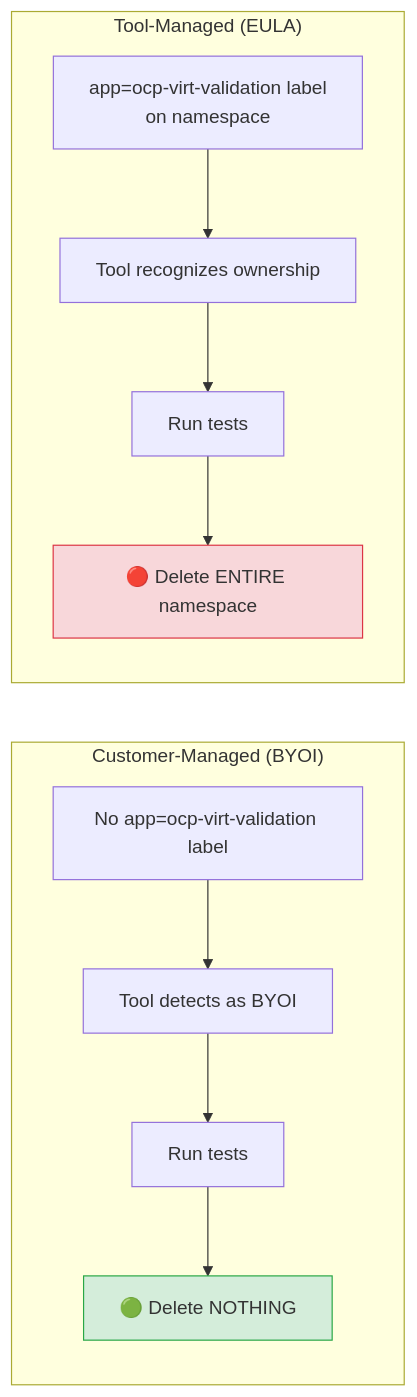
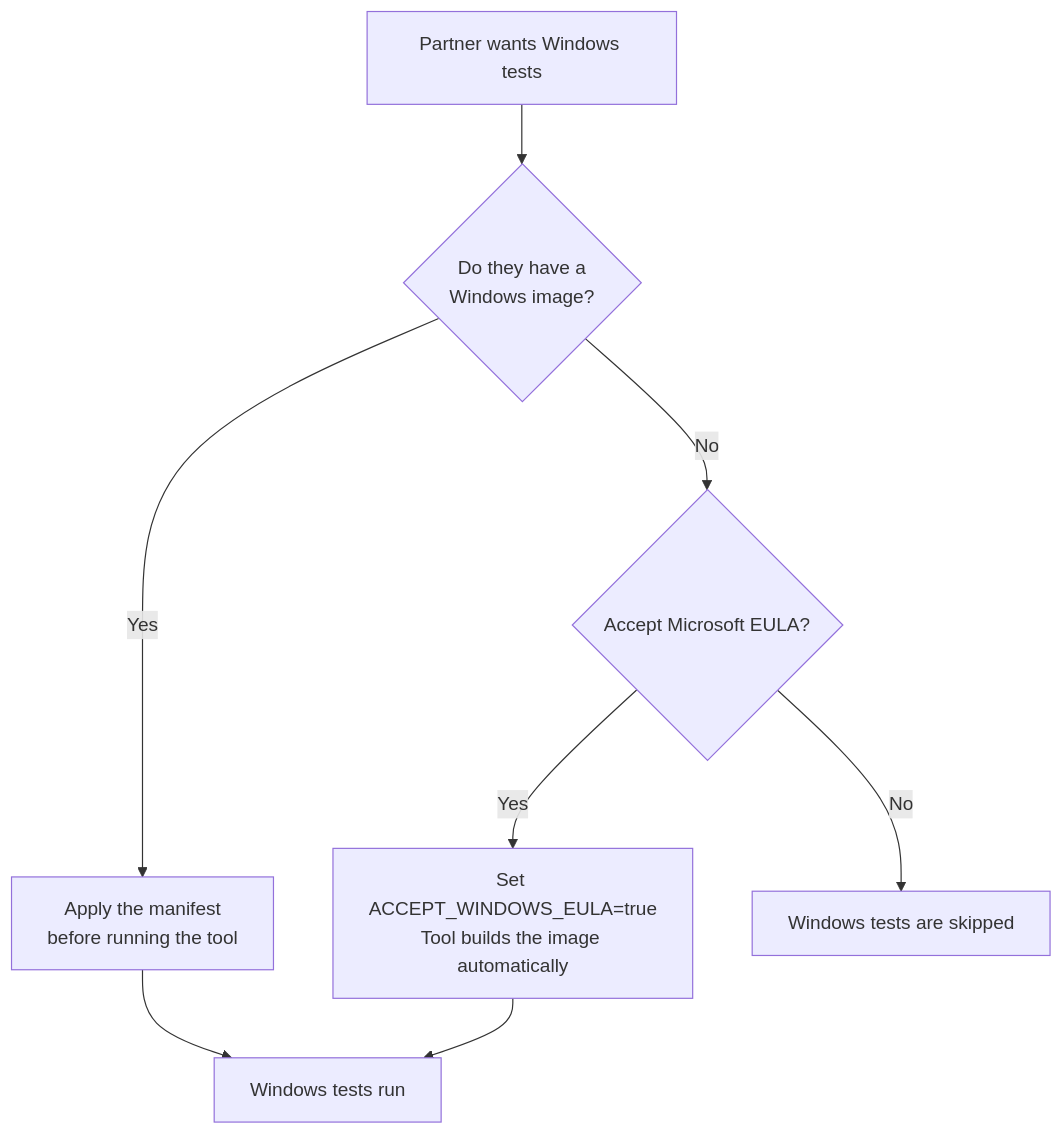
One commit to Ahmad-Hafe/ocp-virt-validation-checkup changed the diagram in docs/WINDOWS_GOLDEN_IMAGE_DESIGN.md. Above: the diagram before and after it, drawn with Mermaid. The commit also changed other lines of this file, not shown here.

````diff
--- a/docs/WINDOWS_GOLDEN_IMAGE_DESIGN.md
+++ b/docs/WINDOWS_GOLDEN_IMAGE_DESIGN.md
@@ -427,17 +41,10 @@
 ```mermaid
-flowchart LR
-    subgraph "Customer-Managed (BYOI)"
-        A["No app=ocp-virt-validation label"] --> B["Tool detects as BYOI"]
-        B --> C["Run tests"]
-        C --> D["🟢 Delete NOTHING"]
-    end
-
-    subgraph "Tool-Managed (EULA)"
-        E["app=ocp-virt-validation label<br/>on namespace"] --> F["Tool recognizes ownership"]
-        F --> G["Run tests"]
-        G --> H["🔴 Delete ENTIRE namespace"]
-    end
-
-    style D fill:#d4edda,stroke:#28a745
-    style H fill:#f8d7da,stroke:#dc3545
+flowchart TD
+    A["Partner wants Windows tests"] --> B{"Do they have a\nWindows image?"}
+    B -->|Yes| C["Apply the manifest\nbefore running the tool"]
+    B -->|No| D{"Accept Microsoft EULA?"}
+    D -->|Yes| E["Set ACCEPT_WINDOWS_EULA=true\nTool builds the image automatically"]
+    D -->|No| F["Windows tests are skipped"]
+    C --> G["Windows tests run"]
+    E --> G
 ```
````
